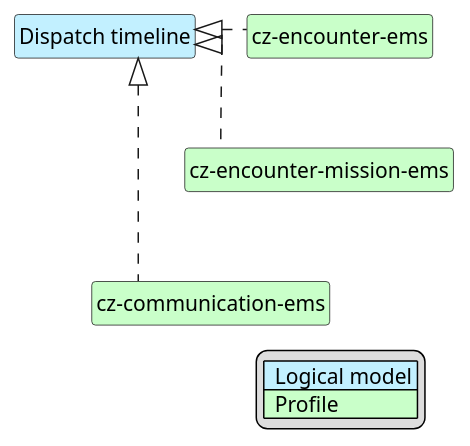
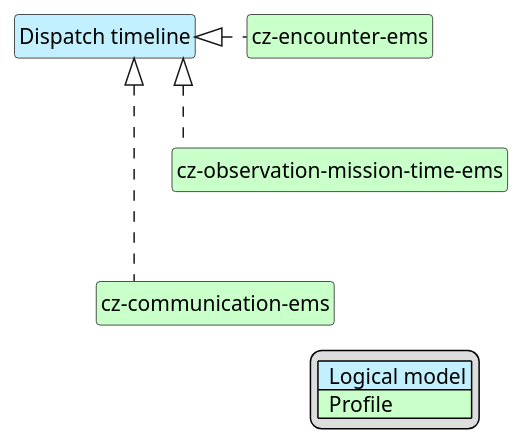
The diagram in input/images-source/emsDispatchTimeline-map.plantuml (HL7-cz/cz-ems), drawn with PlantUML before and after one commit. The commit also changed 12 other files, not shown here.

Commit message:
Modification of the ‘encounter’ profile and its use according to the Swiss model

```diff
--- a/input/images-source/emsDispatchTimeline-map.plantuml
+++ b/input/images-source/emsDispatchTimeline-map.plantuml
@@ -1,29 +1,29 @@
 @startuml
 hide circle
 hide stereotype
 hide members
 hide methods
 skinparam linetype ortho
 skinparam class {
 BackgroundColor<<LogicalModel>> #APPLICATION
 BackgroundColor<<Profile>> #TECHNOLOGY
 }
 legend right
 | <#APPLICATION>  Logical model |
 | <#TECHNOLOGY>  Profile |
 endlegend
 
 class "Dispatch timeline" <<LogicalModel>> [[StructureDefinition-DispatchTimelineCz.html]]
 
 class "cz-communication-ems" <<Profile>> [[StructureDefinition-cz-communication-ems.html]]
-class "cz-encounter-mission-ems" <<Profile>> [[StructureDefinition-cz-encounter-mission-ems.html]]
+class "cz-observation-mission-time-ems" <<Profile>> [[StructureDefinition-cz-observation-mission-time-ems.html]]
 class "cz-encounter-ems" <<Profile>> [[StructureDefinition-cz-encounter-ems.html]]
 
 "Dispatch timeline" <|. "cz-encounter-ems"
-"Dispatch timeline" <|. "cz-encounter-mission-ems"
+"Dispatch timeline" <|. "cz-observation-mission-time-ems"
 "Dispatch timeline" <|. "cz-communication-ems"
 
-"cz-encounter-ems" -d[hidden]-> "cz-encounter-mission-ems"
-"cz-encounter-mission-ems" -d[hidden]-> "cz-communication-ems"
+"cz-encounter-ems" -d[hidden]-> "cz-observation-mission-time-ems"
+"cz-observation-mission-time-ems" -d[hidden]-> "cz-communication-ems"
 
 @enduml
```
